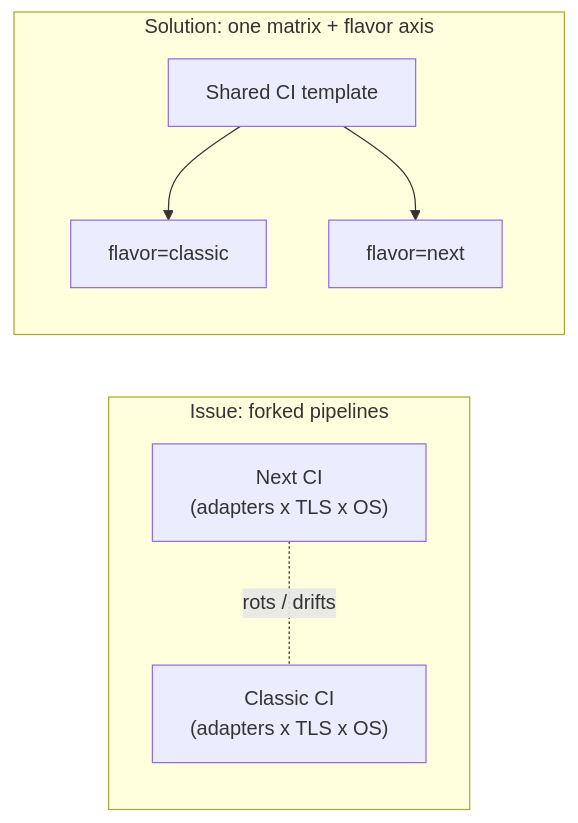
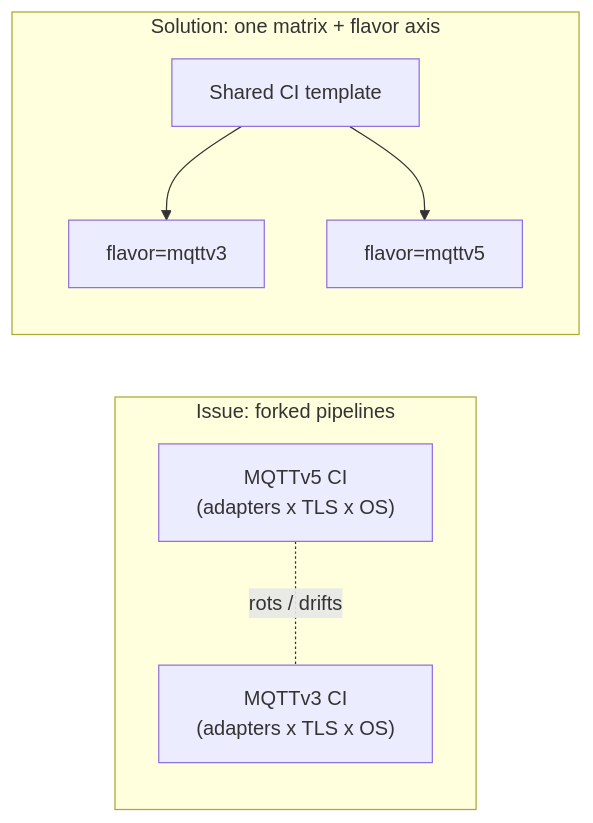
Diagram 13 of 20 in c/docs/eng/split-client.md (Azure/azure-iot-sdk), drawn with Mermaid before and after one commit. The commit also changed other lines of this file and 99 other files, not shown here.

First line of the commit message:
[C] Rename Classic/Next/AEG to MQTTv3/MQTTv5 (#274)

````diff
--- a/c/docs/eng/split-client.md
+++ b/c/docs/eng/split-client.md
@@ -465,16 +465,16 @@
 ```mermaid
 flowchart LR
     subgraph ISSUE["Issue: forked pipelines"]
-        P1["Classic CI<br/>(adapters x TLS x OS)"]
-        P2["Next CI<br/>(adapters x TLS x OS)"]
+        P1["MQTTv3 CI<br/>(adapters x TLS x OS)"]
+        P2["MQTTv5 CI<br/>(adapters x TLS x OS)"]
         P2 -. "rots / drifts" .- P1
     end
 
     subgraph FIX["Solution: one matrix + flavor axis"]
         Y["Shared CI template"]
-        F1["flavor=classic"]
-        F2["flavor=next"]
+        F1["flavor=mqttv3"]
+        F2["flavor=mqttv5"]
         Y --> F1
         Y --> F2
     end
 ```
````
